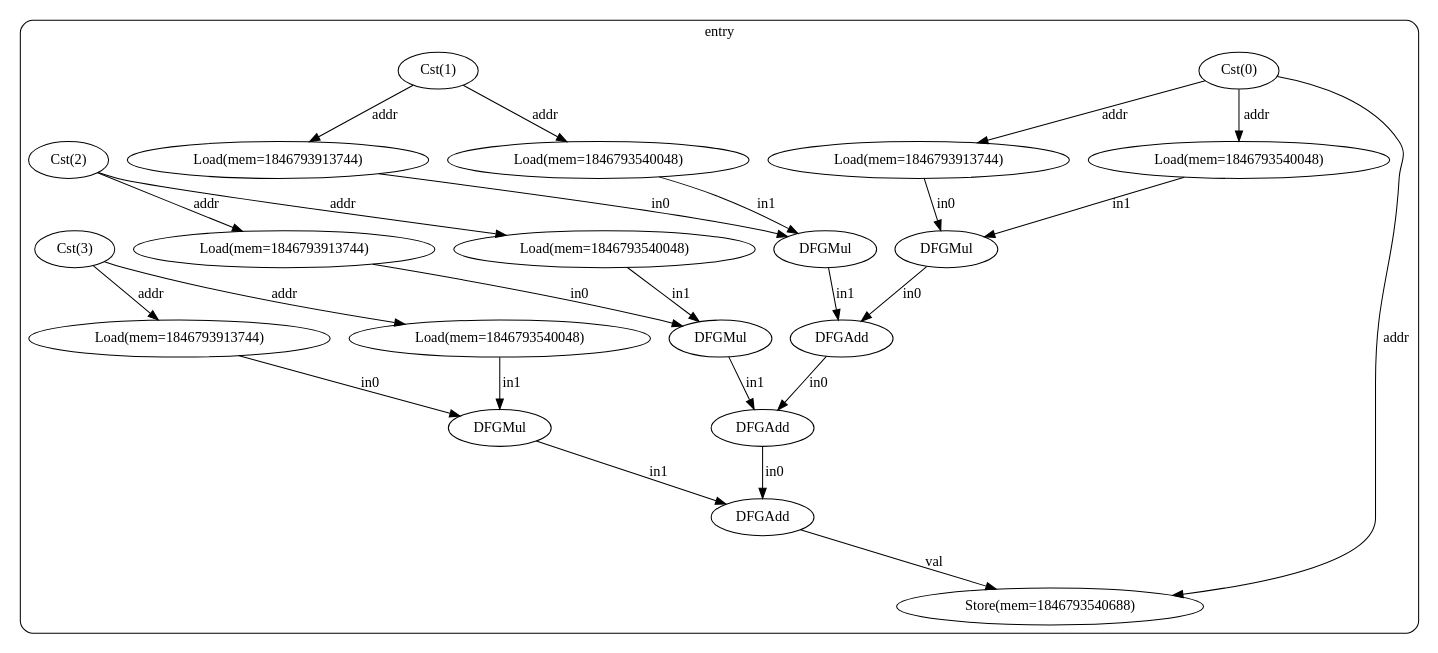
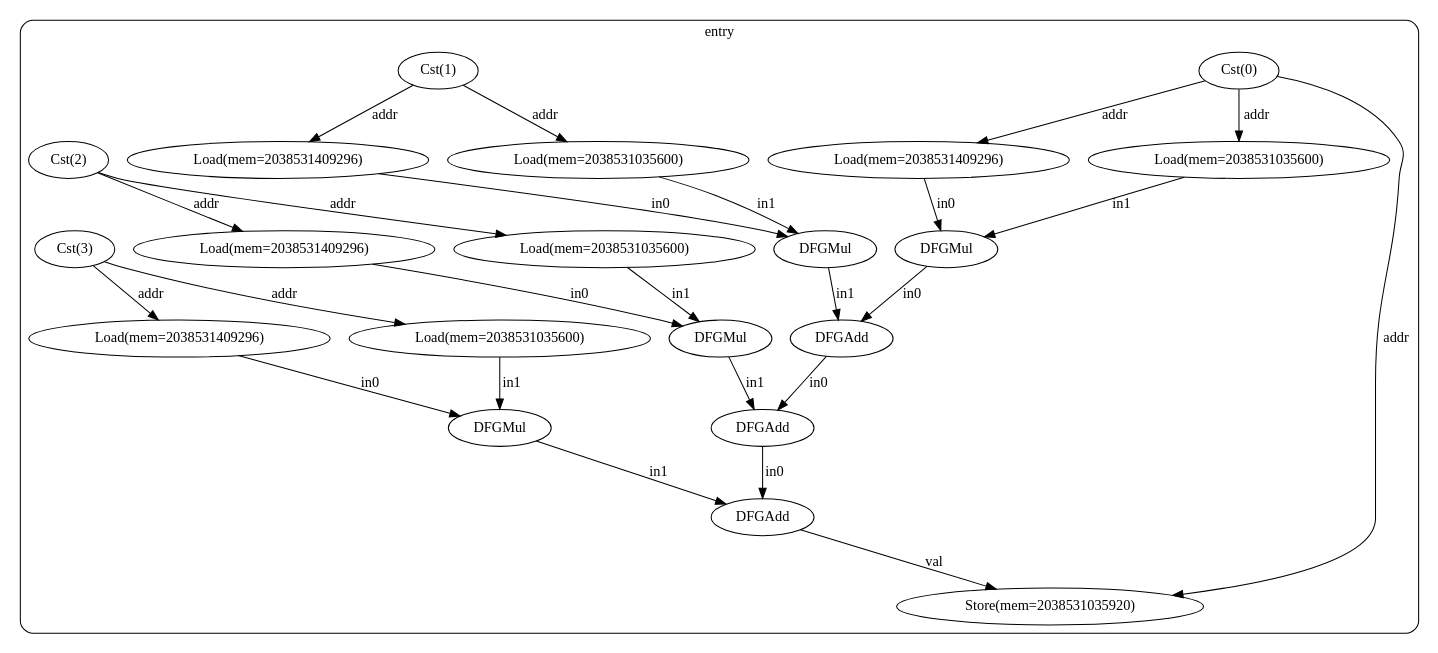
The diagram in test02/cfg_with_dfg.dot (ma-carrillo/High-level-synthesis-assignment), drawn with Graphviz before and after one commit. The commit also changed 26 other files, not shown here.

```diff
--- a/test02/cfg_with_dfg.dot
+++ b/test02/cfg_with_dfg.dot
@@ -1,51 +1,51 @@
 digraph "cfg" {
   compound=true;
   subgraph "cluster_bb0" {
     label="entry";
     style=rounded;
     bb0_n0 [label="Cst(0)"];
-    bb0_n1 [label="Load(mem=1846793913744)"];
-    bb0_n2 [label="Load(mem=1846793540048)"];
+    bb0_n1 [label="Load(mem=2038531409296)"];
+    bb0_n2 [label="Load(mem=2038531035600)"];
     bb0_n3 [label="DFGMul"];
     bb0_n4 [label="Cst(1)"];
-    bb0_n5 [label="Load(mem=1846793913744)"];
-    bb0_n6 [label="Load(mem=1846793540048)"];
+    bb0_n5 [label="Load(mem=2038531409296)"];
+    bb0_n6 [label="Load(mem=2038531035600)"];
     bb0_n7 [label="DFGMul"];
     bb0_n8 [label="DFGAdd"];
     bb0_n9 [label="Cst(2)"];
-    bb0_n10 [label="Load(mem=1846793913744)"];
-    bb0_n11 [label="Load(mem=1846793540048)"];
+    bb0_n10 [label="Load(mem=2038531409296)"];
+    bb0_n11 [label="Load(mem=2038531035600)"];
     bb0_n12 [label="DFGMul"];
     bb0_n13 [label="DFGAdd"];
     bb0_n14 [label="Cst(3)"];
-    bb0_n15 [label="Load(mem=1846793913744)"];
-    bb0_n16 [label="Load(mem=1846793540048)"];
+    bb0_n15 [label="Load(mem=2038531409296)"];
+    bb0_n16 [label="Load(mem=2038531035600)"];
     bb0_n17 [label="DFGMul"];
     bb0_n18 [label="DFGAdd"];
-    bb0_n19 [label="Store(mem=1846793540688)"];
+    bb0_n19 [label="Store(mem=2038531035920)"];
     bb0_n0 -> bb0_n1 [label="addr"];
     bb0_n0 -> bb0_n2 [label="addr"];
     bb0_n0 -> bb0_n19 [label="addr"];
     bb0_n1 -> bb0_n3 [label="in0"];
     bb0_n2 -> bb0_n3 [label="in1"];
     bb0_n3 -> bb0_n8 [label="in0"];
     bb0_n4 -> bb0_n5 [label="addr"];
     bb0_n4 -> bb0_n6 [label="addr"];
     bb0_n5 -> bb0_n7 [label="in0"];
     bb0_n6 -> bb0_n7 [label="in1"];
     bb0_n7 -> bb0_n8 [label="in1"];
     bb0_n8 -> bb0_n13 [label="in0"];
     bb0_n9 -> bb0_n10 [label="addr"];
     bb0_n9 -> bb0_n11 [label="addr"];
     bb0_n10 -> bb0_n12 [label="in0"];
     bb0_n11 -> bb0_n12 [label="in1"];
     bb0_n12 -> bb0_n13 [label="in1"];
     bb0_n13 -> bb0_n18 [label="in0"];
     bb0_n14 -> bb0_n15 [label="addr"];
     bb0_n14 -> bb0_n16 [label="addr"];
     bb0_n15 -> bb0_n17 [label="in0"];
     bb0_n16 -> bb0_n17 [label="in1"];
     bb0_n17 -> bb0_n18 [label="in1"];
     bb0_n18 -> bb0_n19 [label="val"];
   }
 }
```
